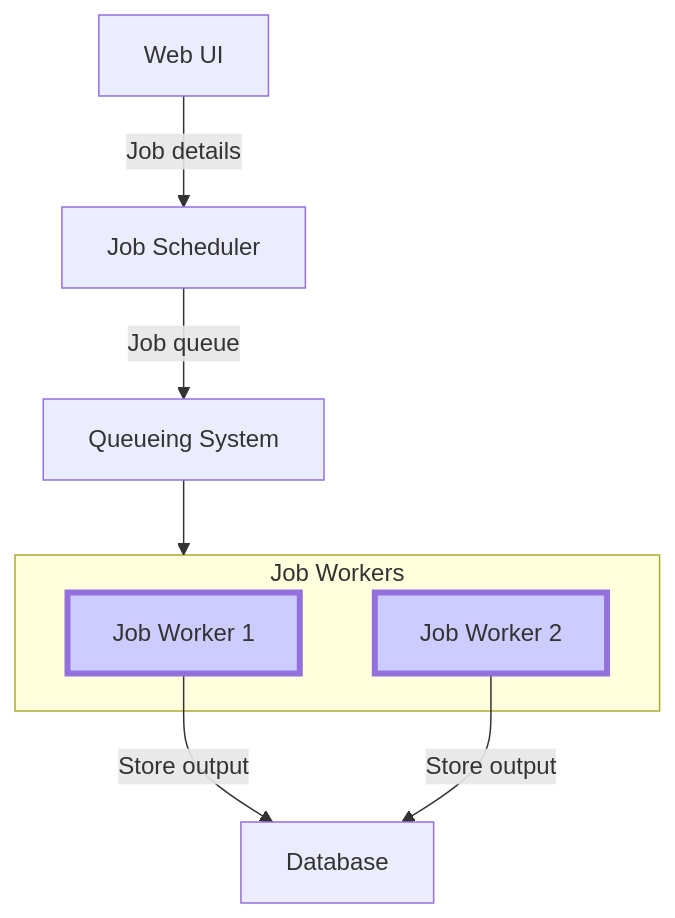
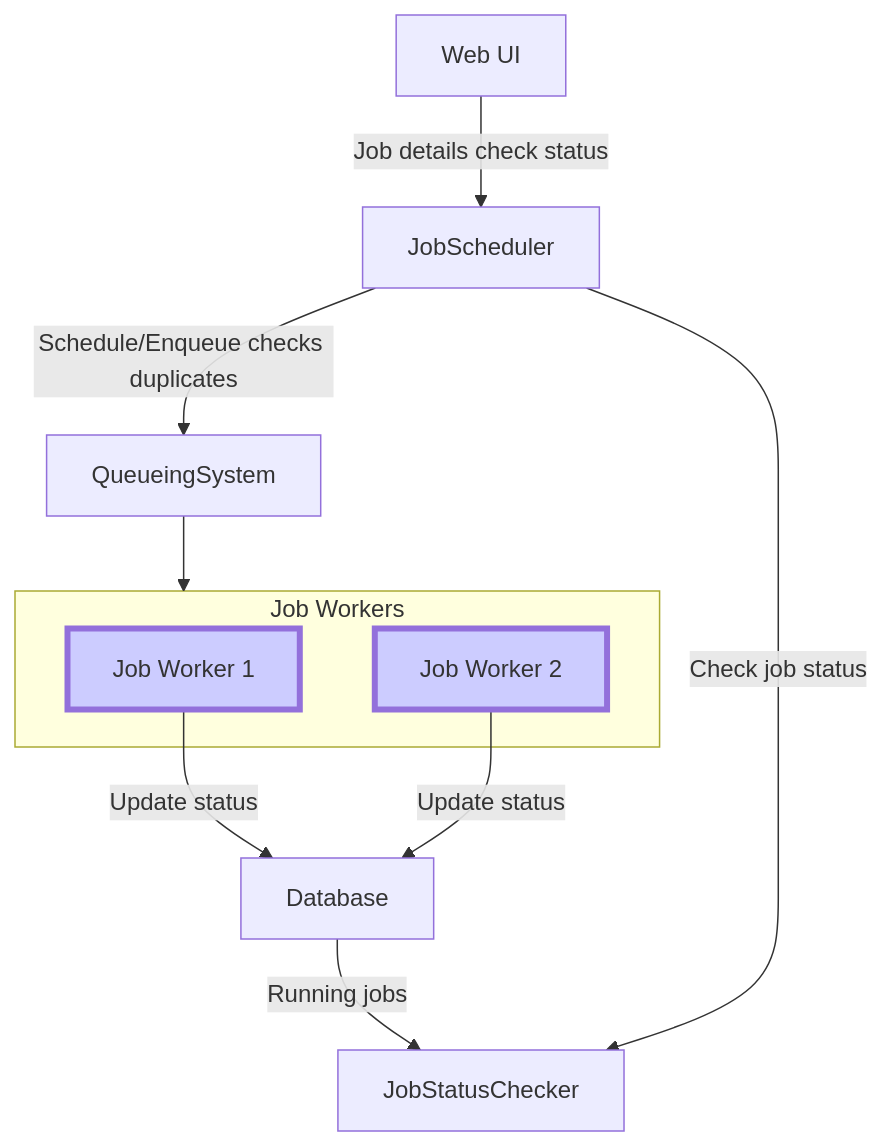
One commit to getkub/python_api_apps changed the diagram in interview_questions/design/job_submission.md. Above: the diagram before and after it, drawn with Mermaid.

Commit message:
updated mermaid

````diff
--- a/interview_questions/design/job_submission.md
+++ b/interview_questions/design/job_submission.md
@@ -14,20 +14,22 @@
 ```mermaid
 graph TB
-    WebUI[Web UI]
-    JobScheduler[Job Scheduler]
-    QueueingSystem[Queueing System]
-    subgraph JobWorkerGroup [Job Workers]
-        JobWorker1[Job Worker 1]
-        JobWorker2[Job Worker 2]  
-    end
-    Database[Database]
 
-    WebUI -->|Job details| JobScheduler
-    JobScheduler -->|Job queue| QueueingSystem
-    QueueingSystem --> JobWorkerGroup
-    JobWorker1 -->|Store output| Database
-    JobWorker2 -->|Store output| Database
+subgraph JobWorkerGroup [Job Workers]
+    JobWorker1[Job Worker 1]
+    JobWorker2[Job Worker 2]  
+end
 
-    classDef workers fill:#ccf,stroke-width:4px;
-    class JobWorker1,JobWorker2 workers;
+WebUI[Web UI] --> |Job details check status| JobScheduler
+JobScheduler -->|Schedule/Enqueue checks duplicates| QueueingSystem
+QueueingSystem --> JobWorkerGroup
+
+JobWorker1 --> |Update status| Database
+JobWorker2 --> |Update status| Database
+
+Database --> |Running jobs| JobStatusChecker
+JobScheduler --> |Check job status| JobStatusChecker
+
+classDef workers fill:#ccf,stroke-width:4px;
+class JobWorker1,JobWorker2 workers;
+
 ```
````
